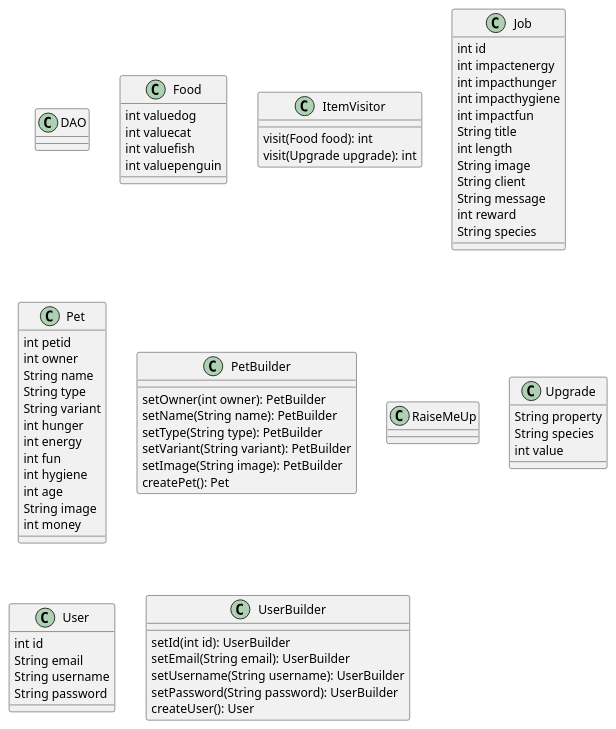
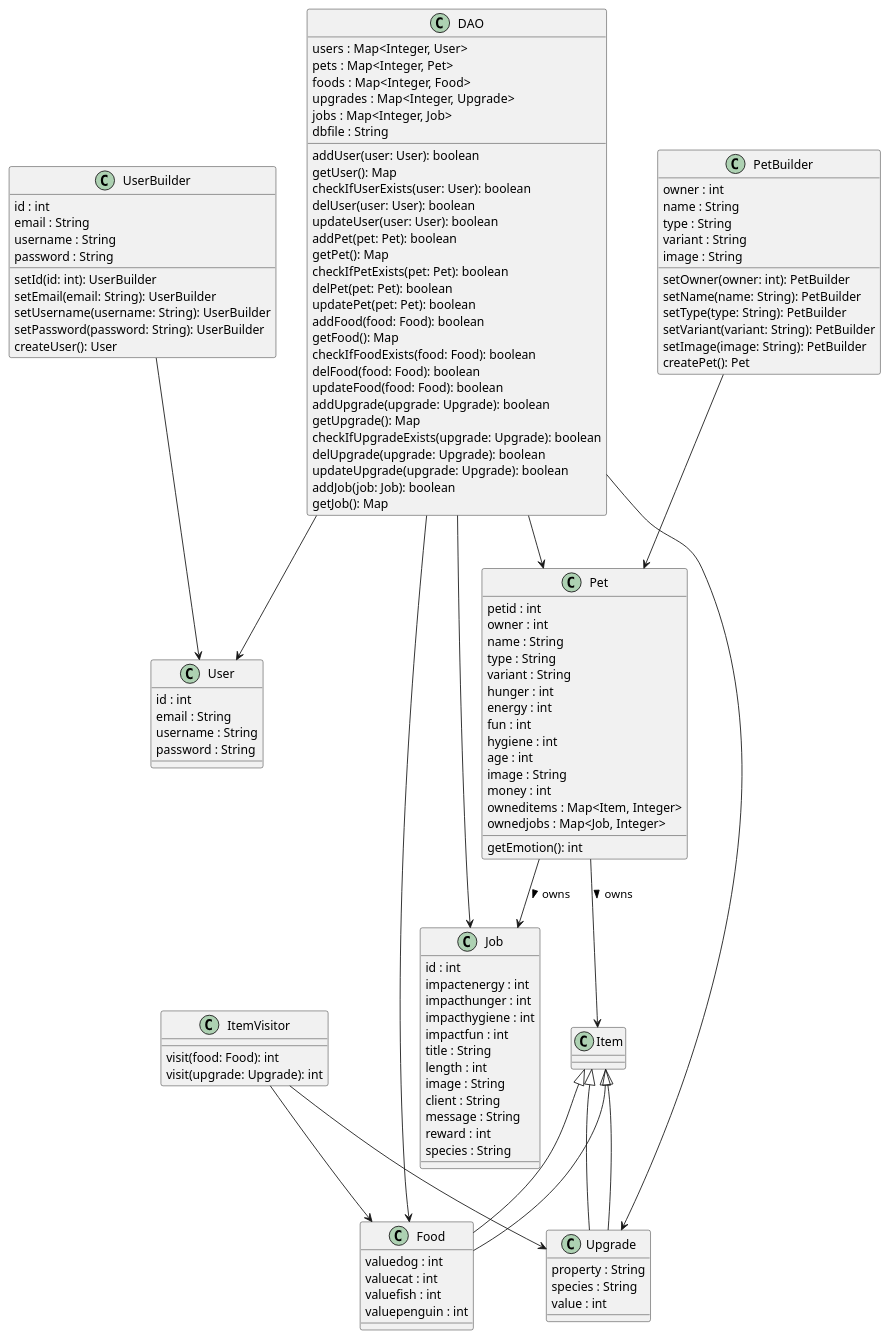
Before and after one commit to sh4r10/thesis-autogen-classdiagrams: the diagram in artefacts/controlled-experiment/project-2/t1-haf.puml, drawn with PlantUML. The commit also changed other lines of this file and 171 other files, not shown here.

```diff
--- a/artefacts/controlled-experiment/project-2/t1-haf.puml
+++ b/artefacts/controlled-experiment/project-2/t1-haf.puml
@@ -1,79 +1,132 @@
 @startuml
+
 class DAO {
+    users : Map<Integer, User>
+    pets : Map<Integer, Pet>
+    foods : Map<Integer, Food>
+    upgrades : Map<Integer, Upgrade>
+    jobs : Map<Integer, Job>
+    dbfile : String
+    addUser(user: User): boolean
+    getUser(): Map
+    checkIfUserExists(user: User): boolean
+    delUser(user: User): boolean
+    updateUser(user: User): boolean
+    addPet(pet: Pet): boolean
+    getPet(): Map
+    checkIfPetExists(pet: Pet): boolean
+    delPet(pet: Pet): boolean
+    updatePet(pet: Pet): boolean
+    addFood(food: Food): boolean
+    getFood(): Map
+    checkIfFoodExists(food: Food): boolean
+    delFood(food: Food): boolean
+    updateFood(food: Food): boolean
+    addUpgrade(upgrade: Upgrade): boolean
+    getUpgrade(): Map
+    checkIfUpgradeExists(upgrade: Upgrade): boolean
+    delUpgrade(upgrade: Upgrade): boolean
+    updateUpgrade(upgrade: Upgrade): boolean
+    addJob(job: Job): boolean
+    getJob(): Map
 }
 
-class Food {
-  int valuedog
-  int valuecat
-  int valuefish
-  int valuepenguin
+class User {
+    id : int
+    email : String
+    username : String
+    password : String
+}
+
+class UserBuilder {
+    id : int
+    email : String
+    username : String
+    password : String
+    setId(id: int): UserBuilder
+    setEmail(email: String): UserBuilder
+    setUsername(username: String): UserBuilder
+    setPassword(password: String): UserBuilder
+    createUser(): User
+}
+
+class Pet {
+    petid : int
+    owner : int
+    name : String
+    type : String
+    variant : String
+    hunger : int
+    energy : int
+    fun : int
+    hygiene : int
+    age : int
+    image : String
+    money : int
+    owneditems : Map<Item, Integer>
+    ownedjobs : Map<Job, Integer>
+    getEmotion(): int
+}
+
+class PetBuilder {
+    owner : int
+    name : String
+    type : String
+    variant : String
+    image : String
+    setOwner(owner: int): PetBuilder
+    setName(name: String): PetBuilder
+    setType(type: String): PetBuilder
+    setVariant(variant: String): PetBuilder
+    setImage(image: String): PetBuilder
+    createPet(): Pet
+}
+
+class Job {
+    id : int
+    impactenergy : int
+    impacthunger : int
+    impacthygiene : int
+    impactfun : int
+    title : String
+    length : int
+    image : String
+    client : String
+    message : String
+    reward : int
+    species : String
+}
+
+class Food extends Item {
+    valuedog : int
+    valuecat : int
+    valuefish : int
+    valuepenguin : int
+}
+
+class Upgrade extends Item {
+    property : String
+    species : String
+    value : int
 }
 
 class ItemVisitor {
-  visit(Food food): int
-  visit(Upgrade upgrade): int
+    visit(food: Food): int
+    visit(upgrade: Upgrade): int
 }
 
-class Job {
-  int id
-  int impactenergy
-  int impacthunger
-  int impacthygiene
-  int impactfun
-  String title
-  int length
-  String image
-  String client
-  String message
-  int reward
-  String species
-}
+DAO --> User
+DAO --> Pet
+DAO --> Food
+DAO --> Upgrade
+DAO --> Job
+UserBuilder --> User
+PetBuilder --> Pet
+Pet --> Job : owns >
+Pet --> Item : owns >
+Food --|> Item
+Upgrade --|> Item
+ItemVisitor --> Food
+ItemVisitor --> Upgrade
 
-class Pet {
-  int petid
-  int owner
-  String name
-  String type
-  String variant
-  int hunger
-  int energy
-  int fun
-  int hygiene
-  int age
-  String image
-  int money
-}
-
-class PetBuilder {
-  setOwner(int owner): PetBuilder
-  setName(String name): PetBuilder
-  setType(String type): PetBuilder
-  setVariant(String variant): PetBuilder
-  setImage(String image): PetBuilder
-  createPet(): Pet
-}
-
-class RaiseMeUp {
-}
-
-class Upgrade {
-  String property
-  String species
-  int value
-}
-
-class User {
-  int id
-  String email
-  String username
-  String password
-}
-
-class UserBuilder {
-  setId(int id): UserBuilder
-  setEmail(String email): UserBuilder
-  setUsername(String username): UserBuilder
-  setPassword(String password): UserBuilder
-  createUser(): User
-}
 @enduml
```
